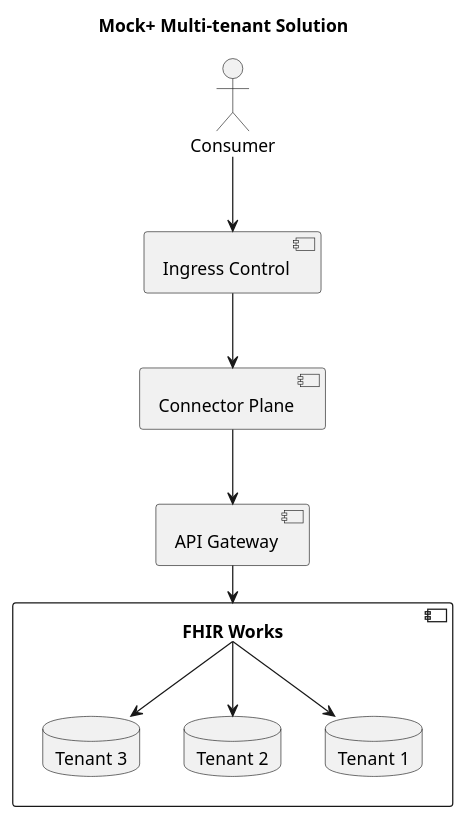
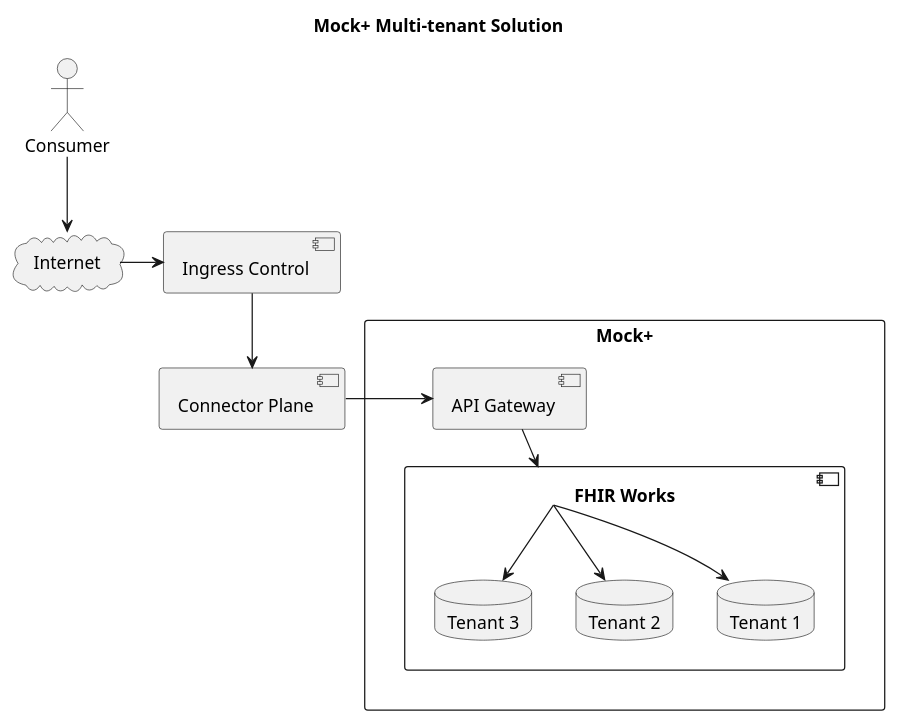
Before and after one commit to tewhatuora/fhir-mockplus-system: the diagram in input/images-source/mockplus-overview.plantuml, drawn with PlantUML. The commit also changed 2 other files, not shown here.

```diff
--- a/input/images-source/mockplus-overview.plantuml
+++ b/input/images-source/mockplus-overview.plantuml
@@ -1,27 +1,32 @@
 @startuml
 
 title Mock+ Multi-tenant Solution
 
 actor "Consumer" as client
 
+cloud "Internet"
+
 component "Ingress Control" as cdn
 
 component "Connector Plane" as mule
 
-component "API Gateway" as apiGateway
+rectangle "Mock+" {
+    component "API Gateway" as apiGateway
 
-component "FHIR Works" as server {
-    database "Tenant 1" as tenant1
-    database "Tenant 2" as tenant2
-    database "Tenant 3" as tenant3
+    component "FHIR Works" as server {
+        database "Tenant 1" as tenant1
+        database "Tenant 2" as tenant2
+        database "Tenant 3" as tenant3
+    }
 }
 
-client --> cdn
+client --> "Internet"
+"Internet" -r-> cdn
 cdn --> mule
-mule --> apiGateway
+mule -r-> apiGateway
 apiGateway --> server
 server --> tenant1
 server --> tenant2
 server --> tenant3
 
 @enduml
```
